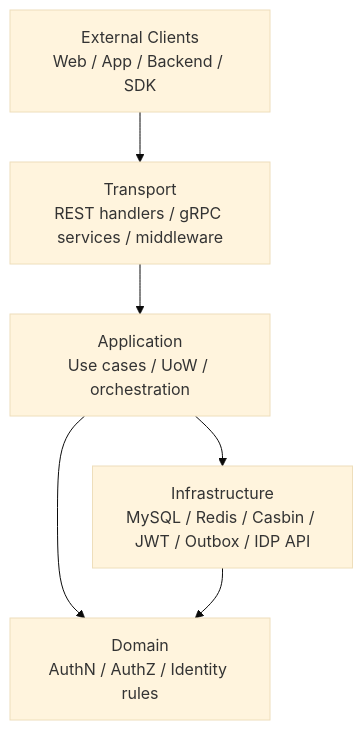
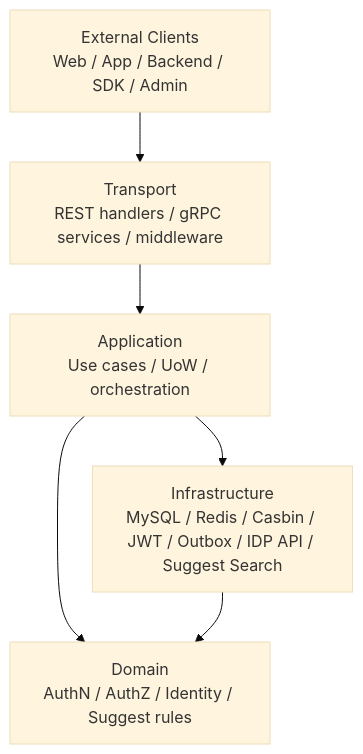
One commit to FangcunMount/iam changed the third of 35 diagrams in docs/07-宣讲/12-架构图素材索引.md. Above: the diagram before and after it, drawn with Mermaid (base theme). The commit also changed other lines of this file and 16 other files, not shown here.

````diff
--- a/docs/07-宣讲/12-架构图素材索引.md
+++ b/docs/07-宣讲/12-架构图素材索引.md
@@ -261,14 +264,14 @@
 ```mermaid
 flowchart TD
-    Clients["External Clients<br/>Web / App / Backend / SDK"]
+    Clients["External Clients<br/>Web / App / Backend / SDK / Admin"]
     Transport["Transport<br/>REST handlers / gRPC services / middleware"]
     Application["Application<br/>Use cases / UoW / orchestration"]
-    Domain["Domain<br/>AuthN / AuthZ / Identity rules"]
-    Infra["Infrastructure<br/>MySQL / Redis / Casbin / JWT / Outbox / IDP API"]
+    Domain["Domain<br/>AuthN / AuthZ / Identity / Suggest rules"]
+    Infra["Infrastructure<br/>MySQL / Redis / Casbin / JWT / Outbox / IDP API / Suggest Search"]
 
     Clients --> Transport
     Transport --> Application
     Application --> Domain
     Application --> Infra
     Infra --> Domain
 ```
````
